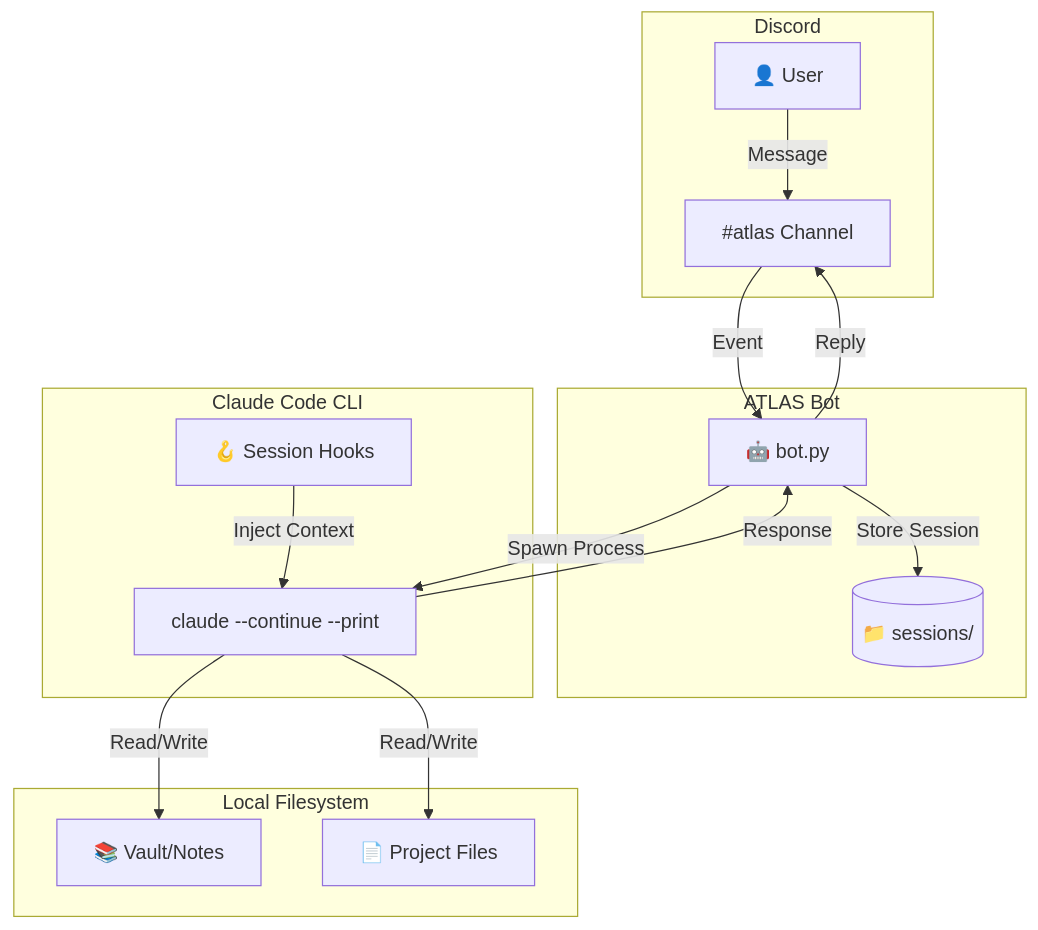
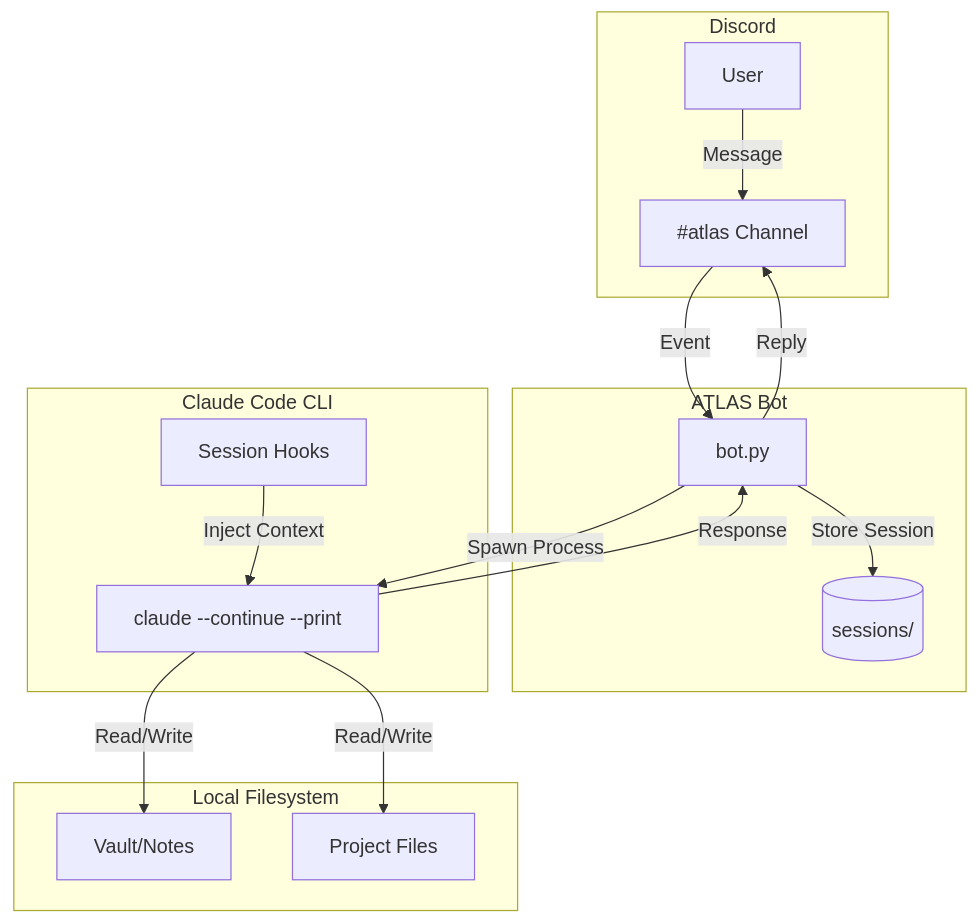
The first of 6 diagrams in README.md (jamesmoon2/ATLAS-bot), drawn with Mermaid before and after one commit. The commit also changed other lines of this file, not shown here.

First line of the commit message:
Fix Mermaid diagrams not rendering on GitHub

````diff
--- a/README.md
+++ b/README.md
@@ -12,32 +12,32 @@
 ```mermaid
 flowchart TB
     subgraph Discord
-        User[👤 User]
-        Channel[#atlas Channel]
+        User[User]
+        Channel["#atlas Channel"]
     end
 
-    subgraph "ATLAS Bot"
-        Bot[🤖 bot.py]
-        Sessions[(📁 sessions/)]
+    subgraph ATLAS_Bot[ATLAS Bot]
+        Bot[bot.py]
+        Sessions[(sessions/)]
     end
 
-    subgraph "Claude Code CLI"
-        Claude[claude --continue --print]
-        Hooks[🪝 Session Hooks]
+    subgraph Claude_CLI[Claude Code CLI]
+        Claude["claude --continue --print"]
+        Hooks[Session Hooks]
     end
 
-    subgraph "Local Filesystem"
-        Vault[📚 Vault/Notes]
-        Files[📄 Project Files]
+    subgraph Filesystem[Local Filesystem]
+        Vault[Vault/Notes]
+        Files[Project Files]
     end
 
     User -->|Message| Channel
     Channel -->|Event| Bot
     Bot -->|Spawn Process| Claude
     Bot -->|Store Session| Sessions
     Claude -->|Read/Write| Vault
     Claude -->|Read/Write| Files
     Hooks -->|Inject Context| Claude
     Claude -->|Response| Bot
     Bot -->|Reply| Channel
 ```
````
